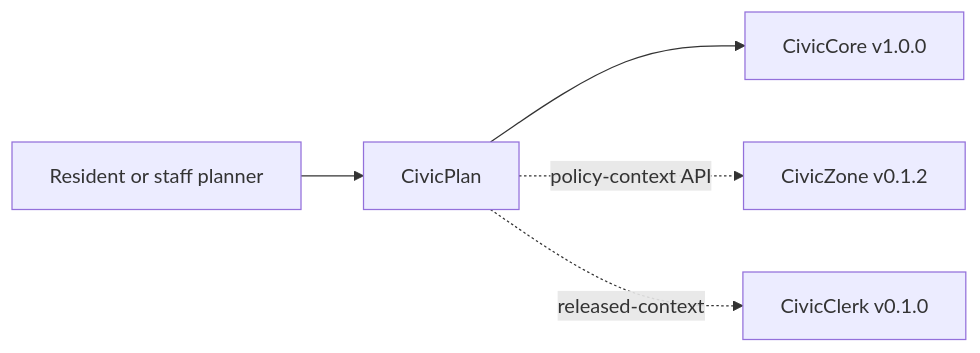
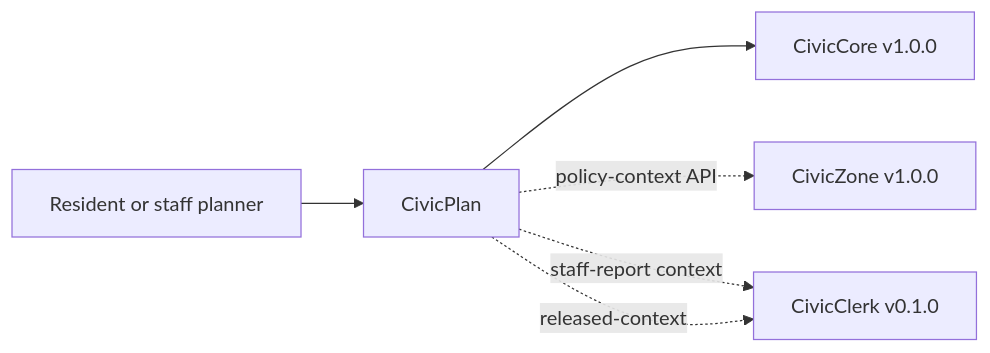
The diagram in USER-MANUAL.md (CivicSuite/civicplan), drawn with Mermaid before and after one commit. The commit also changed other lines of this file and 25 other files, not shown here.

Commit message:
Release CivicPlan v1 product workflows

````diff
--- a/USER-MANUAL.md
+++ b/USER-MANUAL.md
@@ -36,7 +44,8 @@
 ```mermaid
 flowchart LR
   PublicUser["Resident or staff planner"] --> CivicPlan["CivicPlan"]
   CivicPlan --> CivicCore["CivicCore v1.0.0"]
-  CivicPlan -. policy-context API .-> CivicZone["CivicZone v0.1.2"]
+CivicPlan -. policy-context API .-> CivicZone["CivicZone v1.0.0"]
+CivicPlan -. staff-report context .-> CivicClerk["CivicClerk v1.0.0"]
   CivicPlan -. released-context .-> CivicClerk["CivicClerk v0.1.0"]
 ```
````
